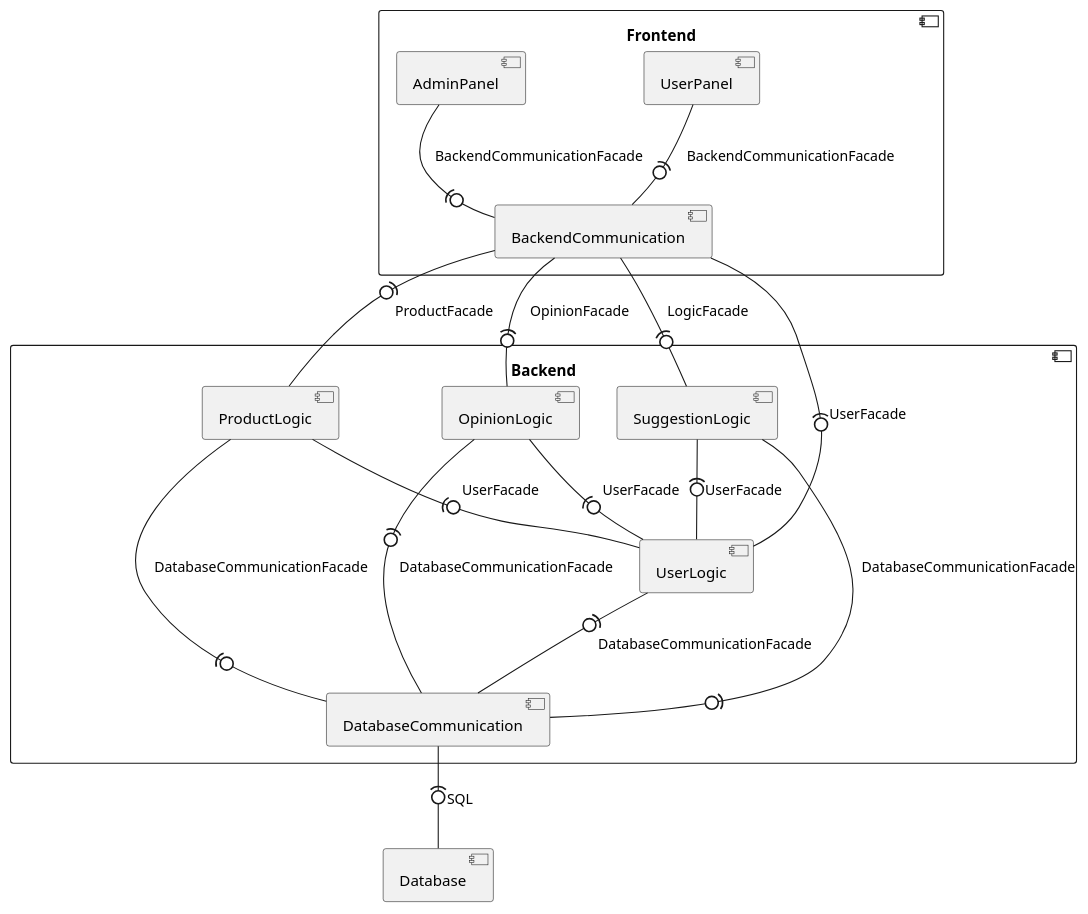
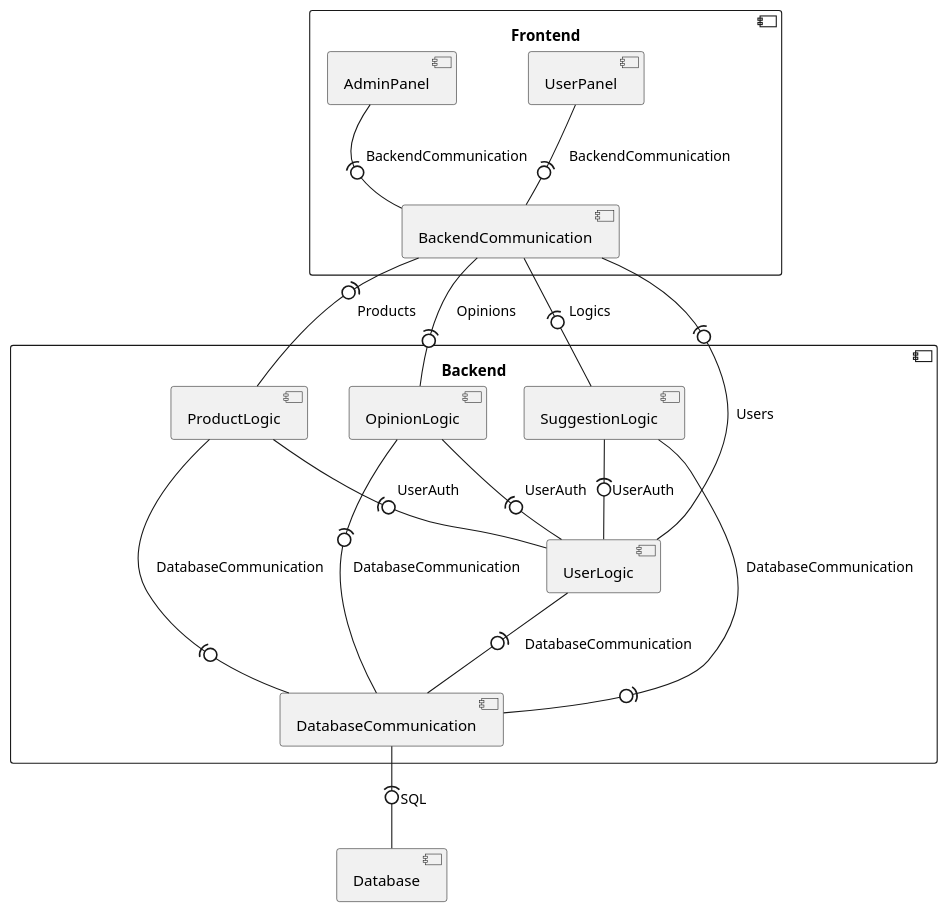
One commit to RadekBucki/OpinionCollectorArchitecture changed the first of 5 diagrams in README.md. Above: the diagram before and after it, drawn with PlantUML. The commit also changed 6 other files, not shown here.

````diff
--- a/README.md
+++ b/README.md
@@ -7,51 +7,51 @@
 ```plantuml
 @startuml
 component Frontend {
     component UserPanel {
     }
     
     component AdminPanel {
     }
     
     component BackendCommunication {
     }
 }
 
 component Backend {
     component UserLogic {
     }
     component ProductLogic {
     }
     component OpinionLogic {
     }
     component SuggestionLogic {
     }
     
     component DatabaseCommunication {
     }
 }
 
 component Database {
 }
 
 DatabaseCommunication -(0- Database: SQL
 
-UserLogic             -(0- DatabaseCommunication : DatabaseCommunicationFacade
-ProductLogic          -(0- DatabaseCommunication : DatabaseCommunicationFacade
-OpinionLogic          -(0- DatabaseCommunication : DatabaseCommunicationFacade
-SuggestionLogic       -(0- DatabaseCommunication : DatabaseCommunicationFacade
+UserLogic             -(0- DatabaseCommunication : DatabaseCommunication
+ProductLogic          -(0- DatabaseCommunication : DatabaseCommunication
+OpinionLogic          -(0- DatabaseCommunication : DatabaseCommunication
+SuggestionLogic       -(0- DatabaseCommunication : DatabaseCommunication
 
-BackendCommunication  -(0- UserLogic       : UserFacade
-BackendCommunication  -(0- ProductLogic    : ProductFacade
-BackendCommunication  -(0- OpinionLogic    : OpinionFacade
-BackendCommunication  -(0- SuggestionLogic : LogicFacade
+BackendCommunication  -(0- UserLogic       : Users
+BackendCommunication  -(0- ProductLogic    : Products
+BackendCommunication  -(0- OpinionLogic    : Opinions
+BackendCommunication  -(0- SuggestionLogic : Logics
 
-ProductLogic          -(0- UserLogic : UserFacade
-OpinionLogic          -(0- UserLogic : UserFacade
-SuggestionLogic       -(0- UserLogic : UserFacade
+ProductLogic          -(0- UserLogic : UserAuth
+OpinionLogic          -(0- UserLogic : UserAuth
+SuggestionLogic       -(0- UserLogic : UserAuth
 
-UserPanel             -(0- BackendCommunication : BackendCommunicationFacade
-AdminPanel            -(0- BackendCommunication : BackendCommunicationFacade
+UserPanel             -(0- BackendCommunication : BackendCommunication
+AdminPanel            -(0- BackendCommunication : BackendCommunication
 
 @enduml 
 ```
````
